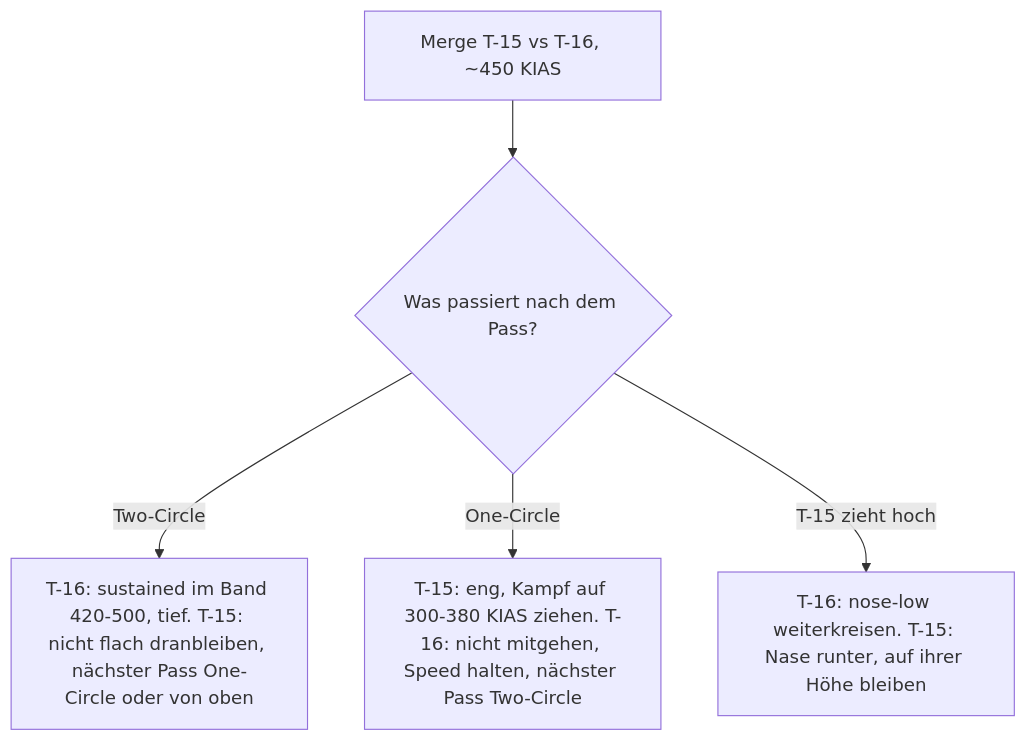
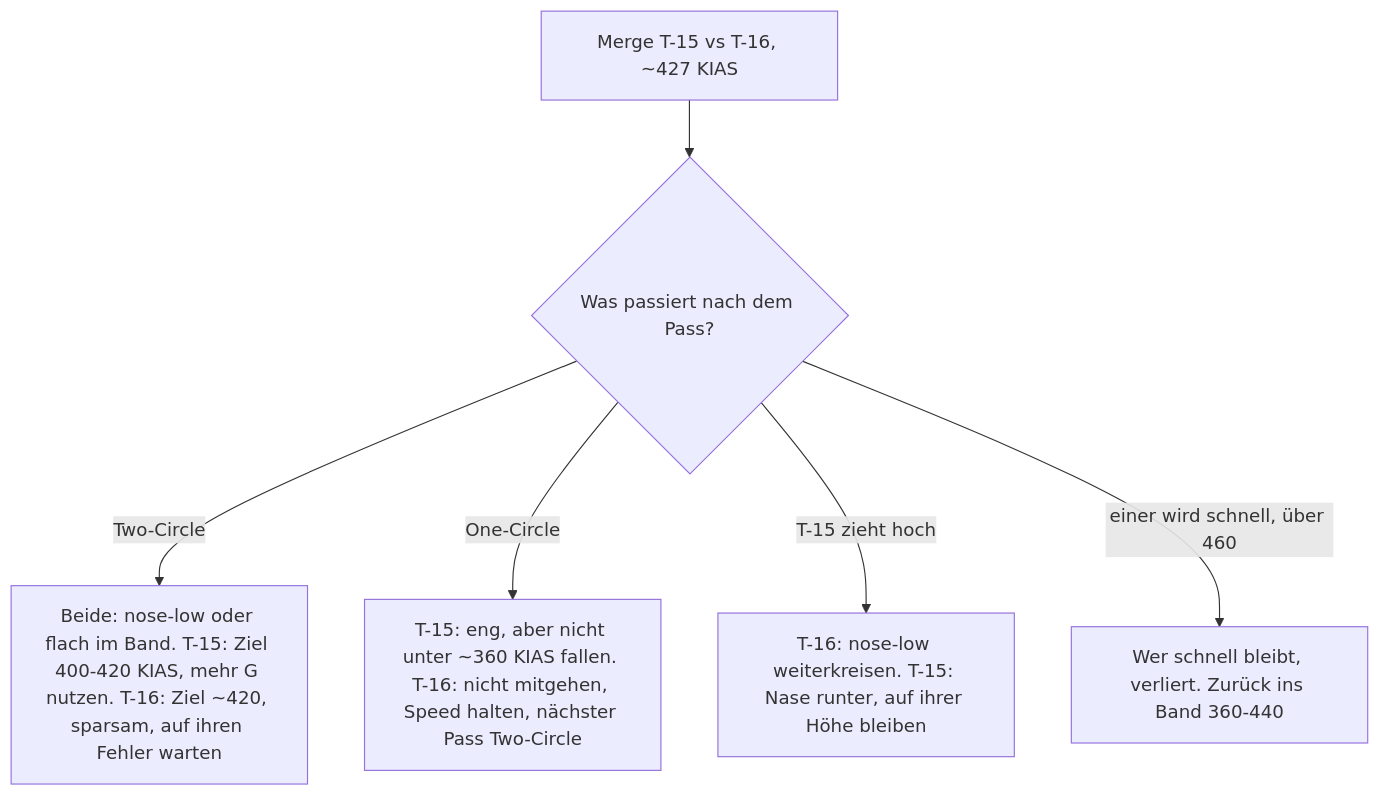
One commit to lukaio3D/VFM_Wiki changed the diagram in docs/flugzeuge/matchups/t15-vs-t16.md. Above: the diagram before and after it, drawn with Mermaid. The commit also changed other lines of this file and 40 other files, not shown here.

````diff
--- a/docs/flugzeuge/matchups/t15-vs-t16.md
+++ b/docs/flugzeuge/matchups/t15-vs-t16.md
@@ -77,7 +91,8 @@
 ```mermaid
 flowchart TD
-    A[Merge T-15 vs T-16, ~450 KIAS] --> B{Was passiert nach dem Pass?}
-    B -->|Two-Circle| C[T-16: sustained im Band 420-500, tief. T-15: nicht flach dranbleiben, nächster Pass One-Circle oder von oben]
-    B -->|One-Circle| D[T-15: eng, Kampf auf 300-380 KIAS ziehen. T-16: nicht mitgehen, Speed halten, nächster Pass Two-Circle]
+    A[Merge T-15 vs T-16, ~427 KIAS] --> B{Was passiert nach dem Pass?}
+    B -->|Two-Circle| C[Beide: nose-low oder flach im Band. T-15: Ziel 400-420 KIAS, mehr G nutzen. T-16: Ziel ~420, sparsam, auf ihren Fehler warten]
+    B -->|One-Circle| D[T-15: eng, aber nicht unter ~360 KIAS fallen. T-16: nicht mitgehen, Speed halten, nächster Pass Two-Circle]
     B -->|T-15 zieht hoch| E[T-16: nose-low weiterkreisen. T-15: Nase runter, auf ihrer Höhe bleiben]
+    B -->|einer wird schnell, über 460| F[Wer schnell bleibt, verliert. Zurück ins Band 360-440]
 ```
````
